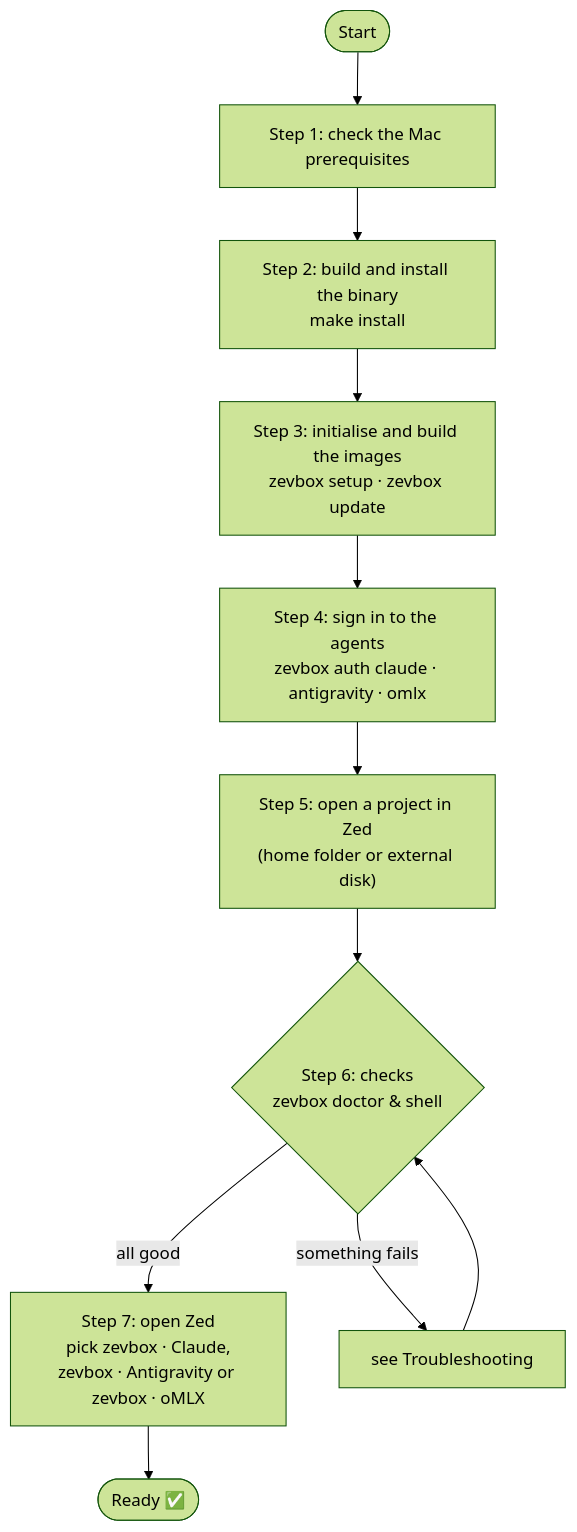
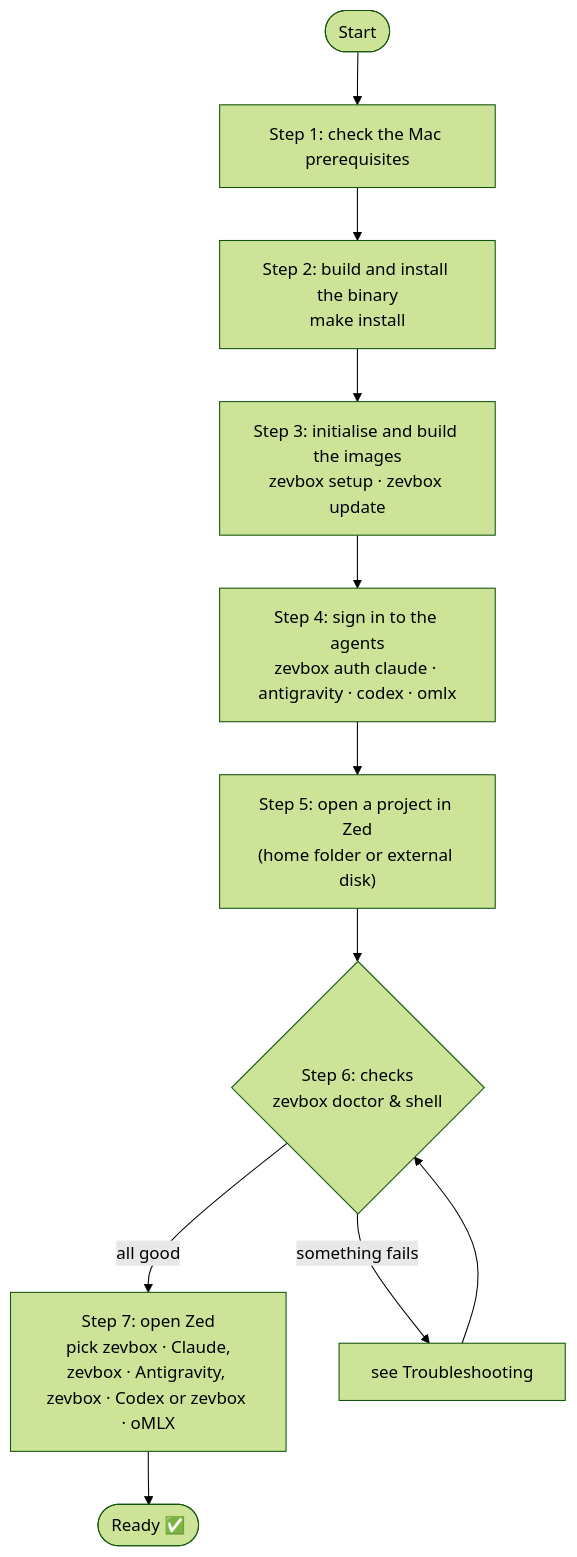
Before and after one commit to brainztorm/zevbox: the first of 3 diagrams in docs/USER_GUIDE.md, drawn with Mermaid (forest theme). The commit also changed other lines of this file and 28 other files, not shown here.

````diff
--- a/docs/USER_GUIDE.md
+++ b/docs/USER_GUIDE.md
@@ -13,15 +13,15 @@
 ```mermaid
 flowchart TD
     Start(["Start"]) --> Step1["Step 1: check the Mac prerequisites"]
     Step1 --> Step2["Step 2: build and install the binary\nmake install"]
     Step2 --> Step3["Step 3: initialise and build the images\nzevbox setup · zevbox update"]
-    Step3 --> Step4["Step 4: sign in to the agents\nzevbox auth claude · antigravity · omlx"]
+    Step3 --> Step4["Step 4: sign in to the agents\nzevbox auth claude · antigravity · codex · omlx"]
     Step4 --> Step4b["Step 5: open a project in Zed\n(home folder or external disk)"]
     Step4b --> Step5{"Step 6: checks\nzevbox doctor & shell"}
 
-    Step5 -- "all good" --> Step6["Step 7: open Zed\npick zevbox · Claude,\nzevbox · Antigravity or zevbox · oMLX"]
+    Step5 -- "all good" --> Step6["Step 7: open Zed\npick zevbox · Claude,\nzevbox · Antigravity, zevbox · Codex or zevbox · oMLX"]
     Step5 -- "something fails" --> Fix["see Troubleshooting"]
     Fix --> Step5
 
     Step6 --> Done(["Ready ✅"])
 ```
````
